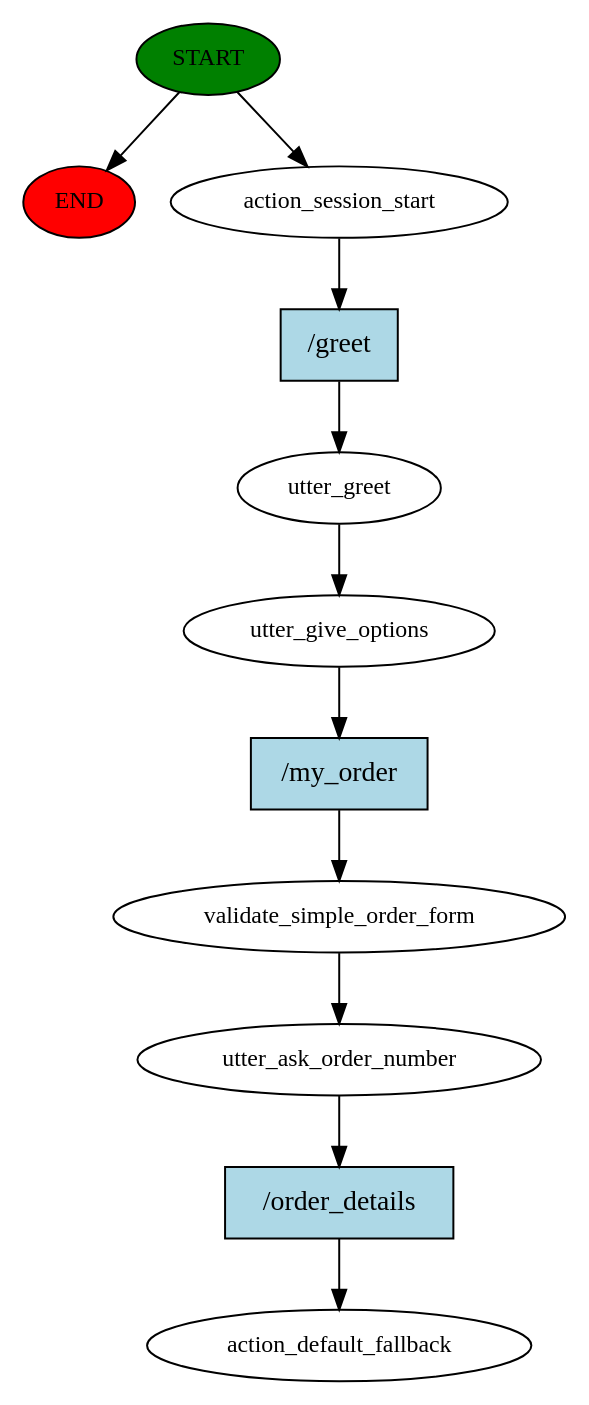
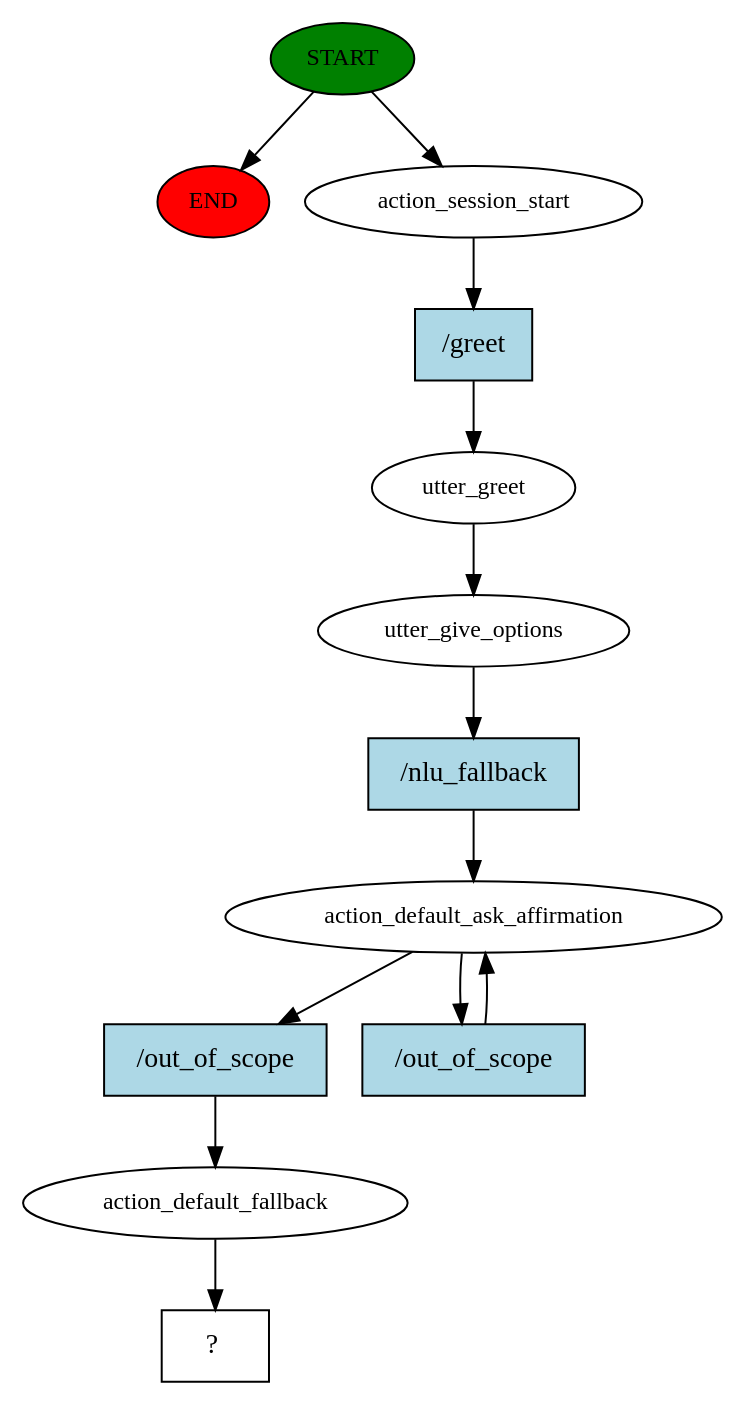
Before and after one commit to prabhatram/sarcbot: the diagram in story_graph.dot, drawn with Graphviz. The commit also changed 11 other files, not shown here.

```diff
--- a/story_graph.dot
+++ b/story_graph.dot
@@ -1,23 +1,26 @@
 digraph  {
 0 [class="start active", fillcolor=green, fontsize=12, label=START, style=filled];
 "-1" [class=end, fillcolor=red, fontsize=12, label=END, style=filled];
 1 [class=active, fontsize=12, label=action_session_start];
 2 [class=active, fontsize=12, label=utter_greet];
 3 [class=active, fontsize=12, label=utter_give_options];
-4 [class=active, fontsize=12, label=validate_simple_order_form];
-5 [class=active, fontsize=12, label=utter_ask_order_number];
-6 [class="dashed active", fontsize=12, label=action_default_fallback];
-7 [class="intent active", fillcolor=lightblue, label="/greet", shape=rect, style=filled];
-8 [class="intent active", fillcolor=lightblue, label="/my_order", shape=rect, style=filled];
-9 [class="intent active", fillcolor=lightblue, label="/order_details", shape=rect, style=filled];
+4 [class=active, fontsize=12, label=action_default_ask_affirmation];
+6 [class=active, fontsize=12, label=action_default_fallback];
+7 [class="intent dashed active", label="  ?  ", shape=rect];
+8 [class="intent active", fillcolor=lightblue, label="/greet", shape=rect, style=filled];
+9 [class="intent active", fillcolor=lightblue, label="/nlu_fallback", shape=rect, style=filled];
+10 [class="intent active", fillcolor=lightblue, label="/out_of_scope", shape=rect, style=filled];
+11 [class="intent active", fillcolor=lightblue, label="/out_of_scope", shape=rect, style=filled];
 0 -> "-1"  [class="", key=NONE, label=""];
 0 -> 1  [class=active, key=NONE, label=""];
-1 -> 7  [class=active, key=0];
+1 -> 8  [class=active, key=0];
 2 -> 3  [class=active, key=NONE, label=""];
-3 -> 8  [class=active, key=0];
-4 -> 5  [class=active, key=NONE, label=""];
-5 -> 9  [class=active, key=0];
-7 -> 2  [class=active, key=0];
-8 -> 4  [class=active, key=0];
-9 -> 6  [class=active, key=0];
+3 -> 9  [class=active, key=0];
+4 -> 10  [class=active, key=0];
+4 -> 11  [class=active, key=0];
+6 -> 7  [class=active, key=NONE, label=""];
+8 -> 2  [class=active, key=0];
+9 -> 4  [class=active, key=0];
+10 -> 6  [class=active, key=0];
+11 -> 4  [class=active, key=0];
 }
```
